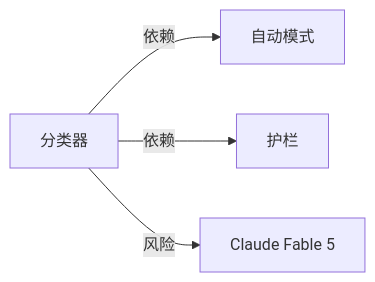
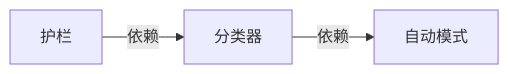
One commit to yibie/claude-best-practices-zh changed the diagram in wiki/分类器.md. Above: the diagram before and after it, drawn with Mermaid. The commit also changed other lines of this file and 407 other files, not shown here.

Commit message:
feat: DeepSeek 三遍审校（译文/关系/图谱）+ 可部署静态站点

````diff
--- a/wiki/分类器.md
+++ b/wiki/分类器.md
@@ -45,7 +45,6 @@
 ```mermaid
 graph LR
   C["分类器"]
-  C -->|依赖| N0["自动模式"]
-  C -->|依赖| N1["护栏"]
-  C -->|风险| N2["Claude Fable 5"]
+  N0["护栏"] -->|依赖| C
+  C -->|依赖| N1["自动模式"]
 ```
````
